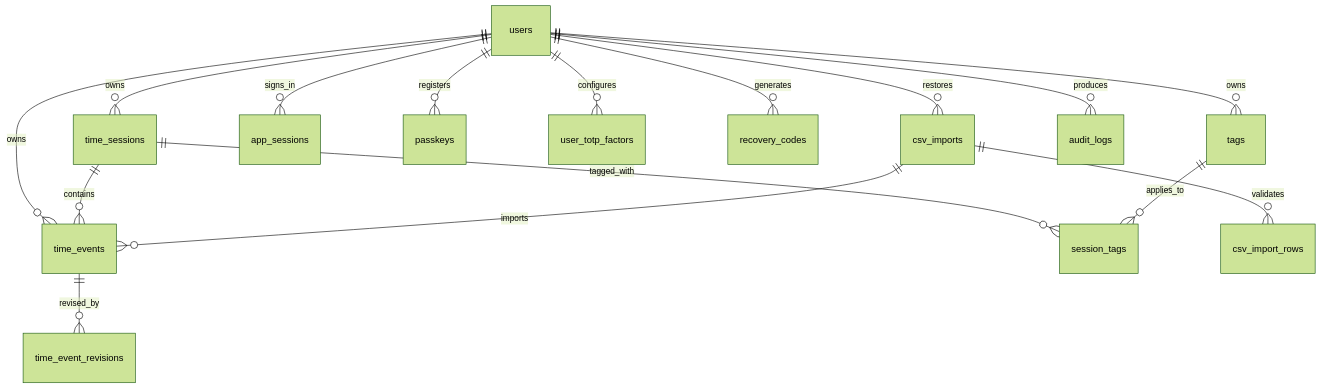
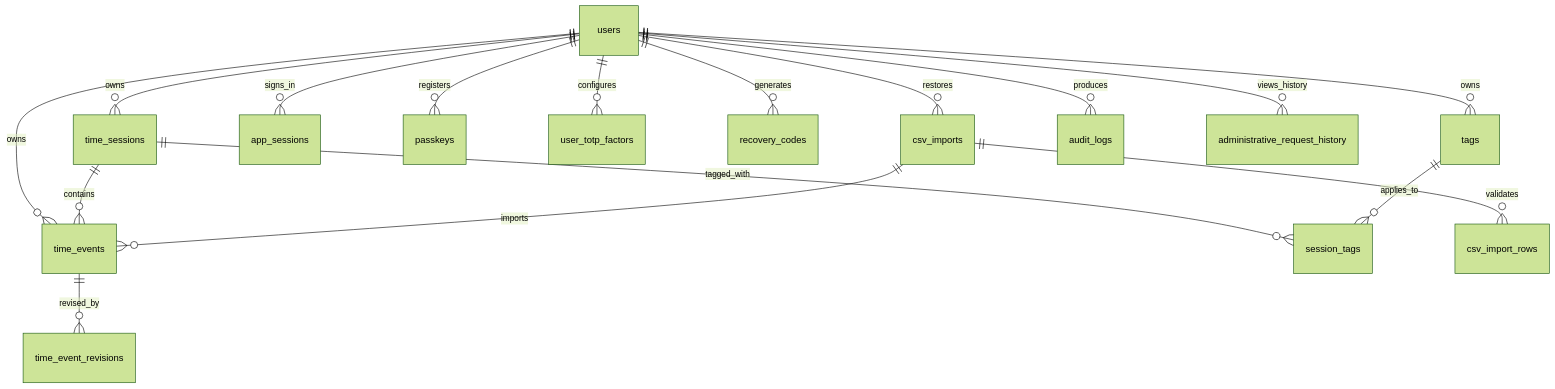
One commit to myblacksloth/emiTMachine changed the diagram in doc/database.md. Above: the diagram before and after it, drawn with Mermaid (forest theme). The commit also changed other lines of this file and 9 other files, not shown here.

````diff
--- a/doc/database.md
+++ b/doc/database.md
@@ -46,18 +47,19 @@
 ```mermaid
 erDiagram
     users ||--o{ time_sessions : owns
     users ||--o{ time_events : owns
     users ||--o{ tags : owns
     users ||--o{ app_sessions : signs_in
     users ||--o{ passkeys : registers
     users ||--o{ user_totp_factors : configures
     users ||--o{ recovery_codes : generates
     users ||--o{ csv_imports : restores
     users ||--o{ audit_logs : produces
+    users ||--o{ administrative_request_history : views_history
     time_sessions ||--o{ time_events : contains
     time_sessions ||--o{ session_tags : tagged_with
     tags ||--o{ session_tags : applies_to
     csv_imports ||--o{ csv_import_rows : validates
     csv_imports ||--o{ time_events : imports
     time_events ||--o{ time_event_revisions : revised_by
 ```
````
